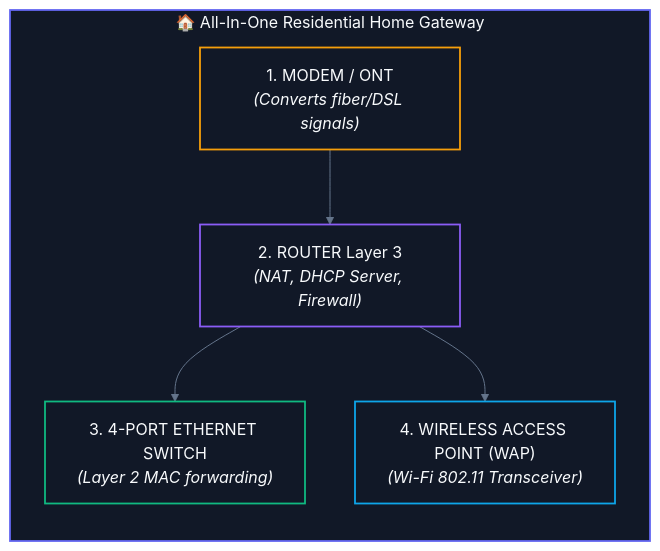
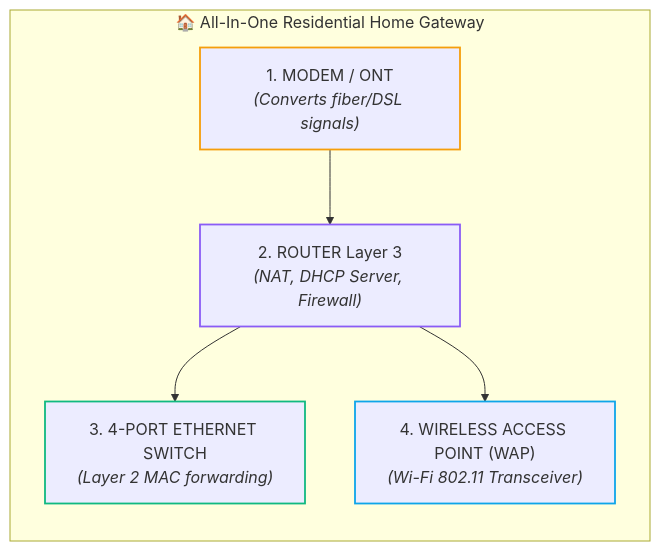
The fifth of 5 diagrams in CS/Computer Networking/01. Architecture & Fundamentals/05. Network Hardware - Hub, Switch, Router, Modem.md (abhinavbharti2345/CS_Notes), drawn with Mermaid before and after one commit. The commit also changed other lines of this file and 91 other files, not shown here.

````diff
--- a/CS/Computer Networking/01. Architecture & Fundamentals/05. Network Hardware - Hub, Switch, Router, Modem.md
+++ b/CS/Computer Networking/01. Architecture & Fundamentals/05. Network Hardware - Hub, Switch, Router, Modem.md
@@ -171,25 +165,23 @@
 ```mermaid
-%%{init: {'theme': 'base', 'themeVariables': { 'darkMode': true, 'background': '#0B0F14', 'mainBkg': '#111827', 'primaryColor': '#111827', 'primaryTextColor': '#F8FAFC', 'primaryBorderColor': '#38BDF8', 'lineColor': '#64748B', 'secondaryColor': '#0B0F14', 'tertiaryColor': '#0B0F14', 'clusterBkg': '#0B0F14', 'clusterBorder': '#38BDF8' }}}%%
 graph TD
     subgraph ResidentialGateway["🏠 All-In-One Residential Home Gateway"]
         direction TD
         ONT["1. MODEM / ONT<br><i>(Converts fiber/DSL signals)</i>"]
         RouterBox["2. ROUTER Layer 3<br><i>(NAT, DHCP Server, Firewall)</i>"]
         SwitchBox["3. 4-PORT ETHERNET SWITCH<br><i>(Layer 2 MAC forwarding)</i>"]
         WAP["4. WIRELESS ACCESS POINT (WAP)<br><i>(Wi-Fi 802.11 Transceiver)</i>"]
         
         ONT --> RouterBox --> SwitchBox & WAP
     end
 
-    classDef container fill:#111827,stroke:#6366f1,stroke-width:1.8px,color:#F8FAFC;
-    classDef c1 fill:#111827,stroke:#f59e0b,stroke-width:1.8px,color:#F8FAFC;
-    classDef c2 fill:#111827,stroke:#8b5cf6,stroke-width:1.8px,color:#F8FAFC;
-    classDef c3 fill:#111827,stroke:#10b981,stroke-width:1.8px,color:#F8FAFC;
-    classDef c4 fill:#111827,stroke:#0ea5e9,stroke-width:1.8px,color:#F8FAFC;
+    classDef container stroke:#6366f1,stroke-width:1.8px;
+    classDef c1 stroke:#f59e0b,stroke-width:1.8px;
+    classDef c2 stroke:#8b5cf6,stroke-width:1.8px;
+    classDef c3 stroke:#10b981,stroke-width:1.8px;
+    classDef c4 stroke:#0ea5e9,stroke-width:1.8px;
 
-    class ResidentialGateway container;
     class ONT c1;
     class RouterBox c2;
     class SwitchBox c3;
     class WAP c4;
 ```
````
